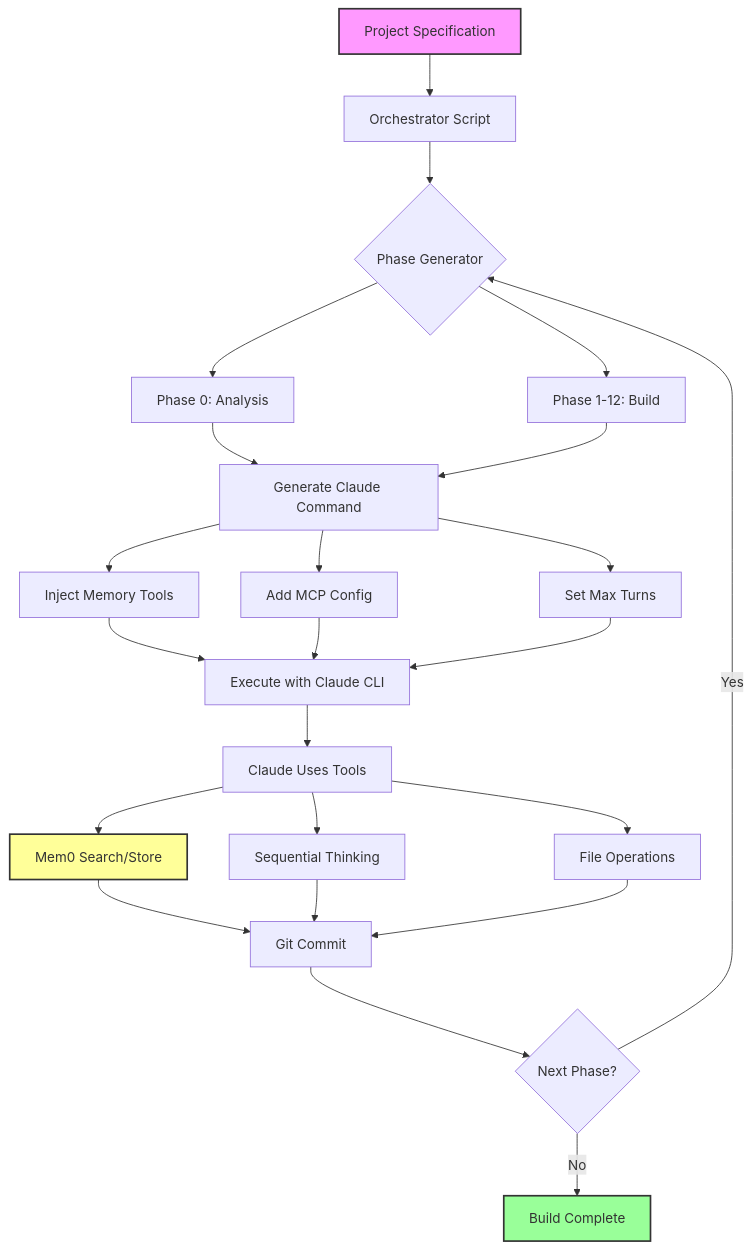
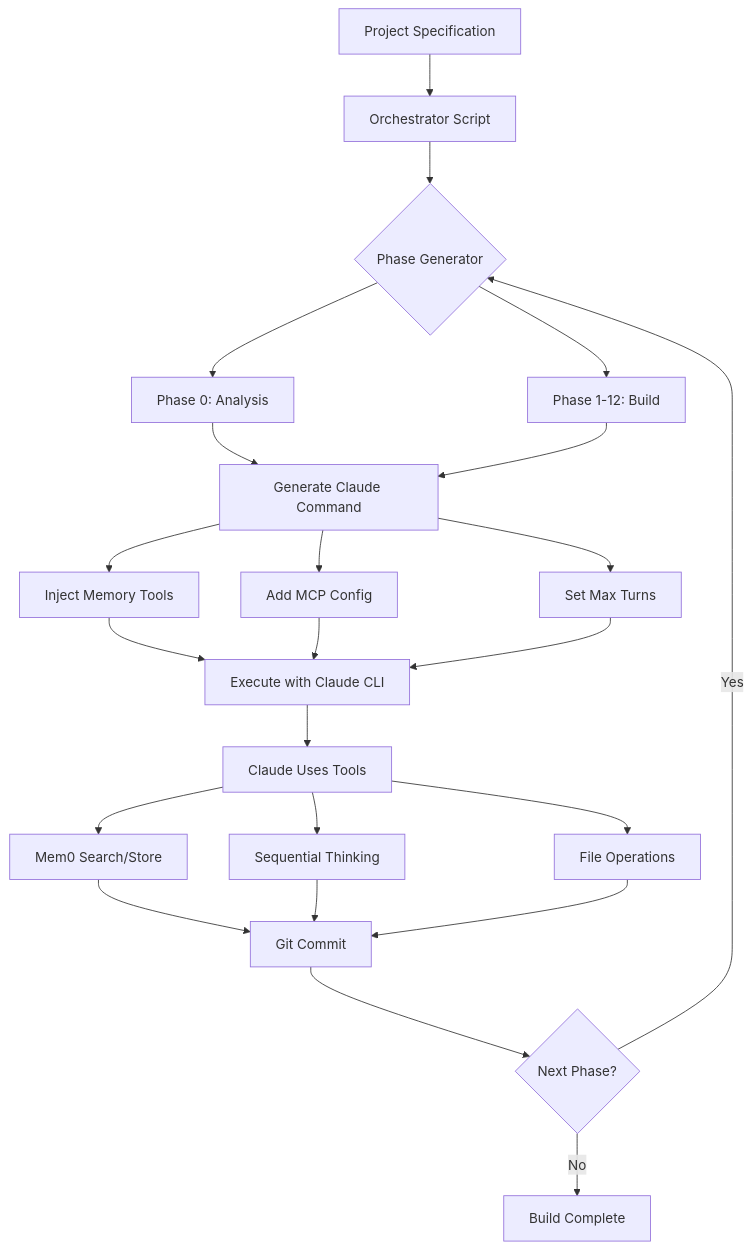
One commit to krzemienski/enhanced-claude-code changed the first of 6 diagrams in README.md. Above: the diagram before and after it, drawn with Mermaid. The commit also changed other lines of this file, not shown here.

First line of the commit message:
fix: Simplify all Mermaid diagrams for GitHub compatibility

````diff
--- a/README.md
+++ b/README.md
@@ -34,35 +34,31 @@
 ```mermaid
-graph TD
+flowchart TD
     A[Project Specification] --> B[Orchestrator Script]
     B --> C{Phase Generator}
     C --> D[Phase 0: Analysis]
     C --> E[Phase 1-12: Build]
     
     D --> F[Generate Claude Command]
     E --> F
     
     F --> G[Inject Memory Tools]
     F --> H[Add MCP Config]
     F --> I[Set Max Turns]
     
     G --> J[Execute with Claude CLI]
     H --> J
     I --> J
     
     J --> K[Claude Uses Tools]
     K --> L[Mem0 Search/Store]
     K --> M[Sequential Thinking]
     K --> N[File Operations]
     
     L --> O[Git Commit]
     M --> O
     N --> O
     
     O --> P{Next Phase?}
     P -->|Yes| C
     P -->|No| Q[Build Complete]
-    
-    style A fill:#f9f,stroke:#333,stroke-width:2px
-    style Q fill:#9f9,stroke:#333,stroke-width:2px
-    style L fill:#ff9,stroke:#333,stroke-width:2px
 ```
````
